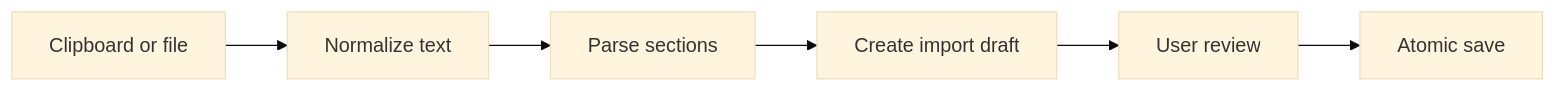
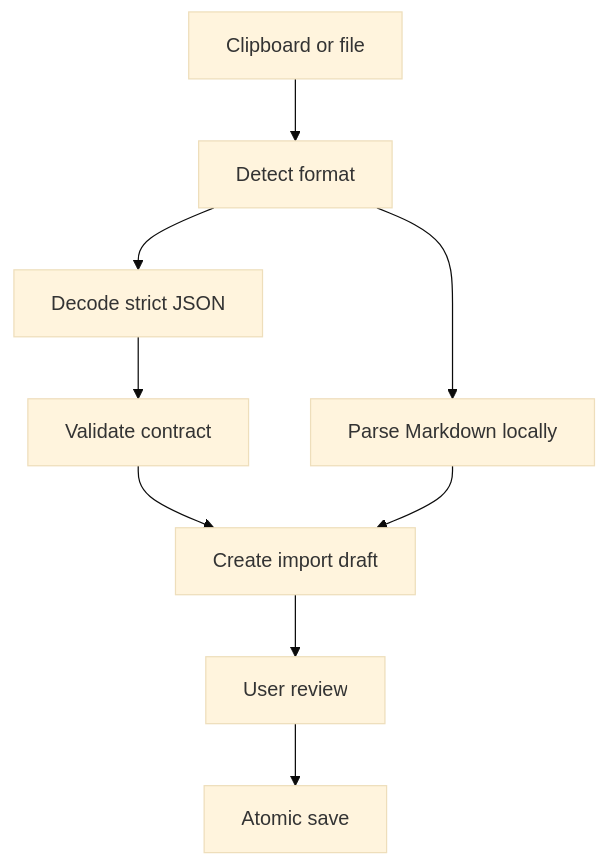
One commit to liuw123/light-trip changed the third of 4 diagrams in docs/design.md. Above: the diagram before and after it, drawn with Mermaid (base theme). The commit also changed other lines of this file, not shown here.

Commit message:
docs: define JSON contract and LLM parsing roadmap

````diff
--- a/docs/design.md
+++ b/docs/design.md
@@ -759,8 +774,11 @@
 ```mermaid
-flowchart LR
-    Input[Clipboard or file] --> Normalize[Normalize text]
-    Normalize --> Parse[Parse sections]
-    Parse --> Draft[Create import draft]
+flowchart TD
+    Input[Clipboard or file] --> Detect[Detect format]
+    Detect --> JSON[Decode strict JSON]
+    Detect --> Markdown[Parse Markdown locally]
+    JSON --> Validate[Validate contract]
+    Validate --> Draft[Create import draft]
+    Markdown --> Draft
     Draft --> Review[User review]
     Review --> Commit[Atomic save]
 ```
````
